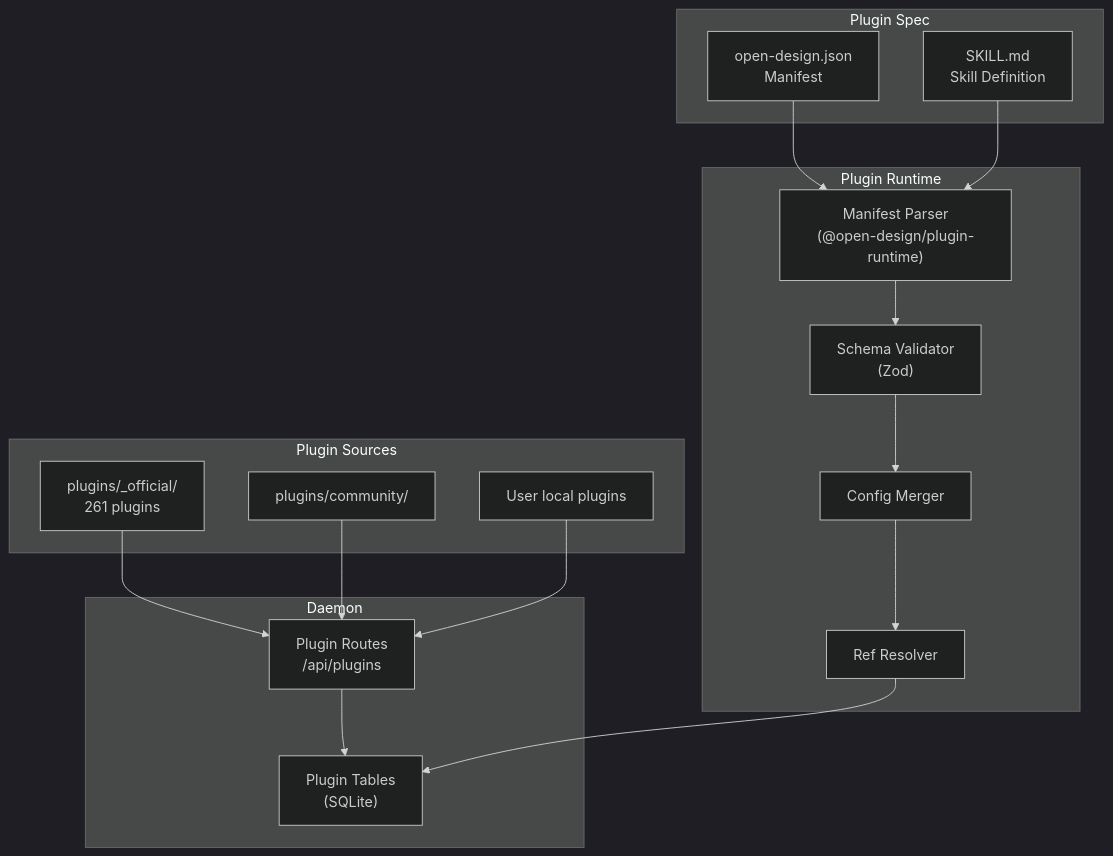
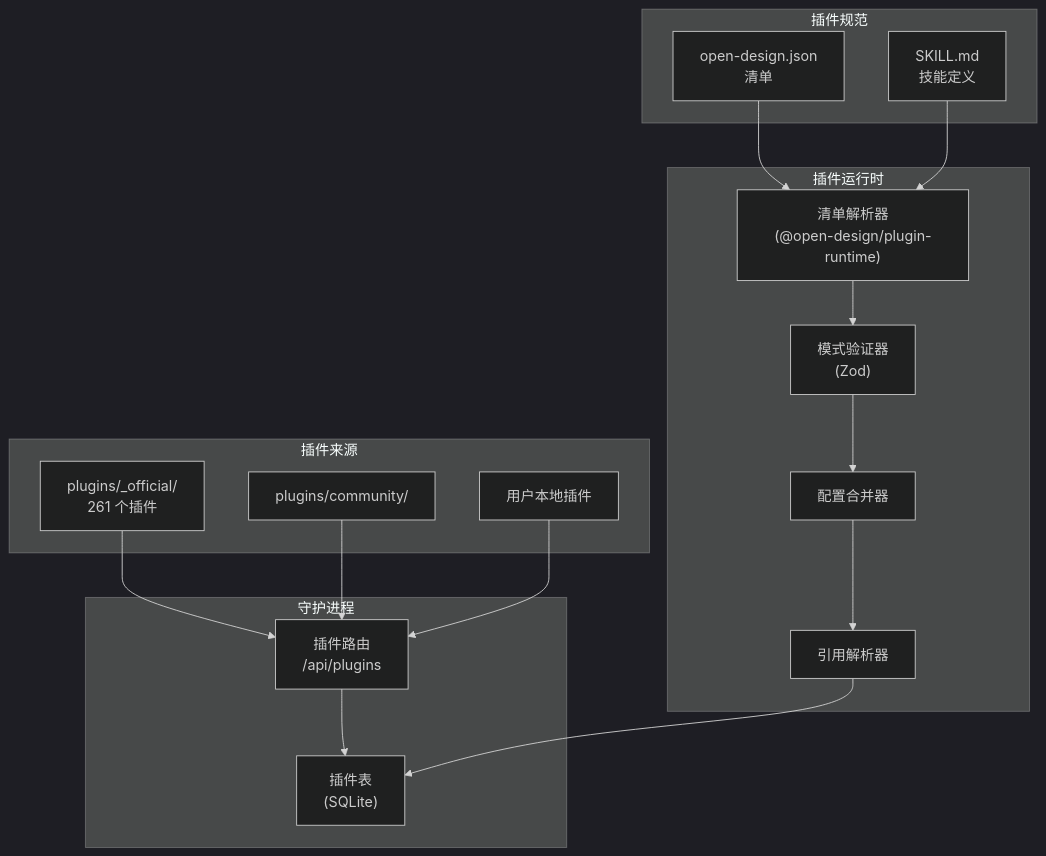
Before and after one commit to nmsn/open-design: the ninth of 12 diagrams in docs/codebase/ARCHITECTURE.md, drawn with Mermaid (dark theme). The commit also changed other lines of this file and 2 other files, not shown here.

````diff
--- a/docs/codebase/ARCHITECTURE.md
+++ b/docs/codebase/ARCHITECTURE.md
@@ -251,36 +251,36 @@
 ```mermaid
 graph TD
-    subgraph "Plugin Spec"
-        Spec["open-design.json<br/>Manifest"]
-        SkillMd["SKILL.md<br/>Skill Definition"]
+    subgraph "插件规范"
+        Spec["open-design.json<br/>清单"]
+        SkillMd["SKILL.md<br/>技能定义"]
     end
 
-    subgraph "Plugin Runtime"
-        Manifest["Manifest Parser<br/>(@open-design/plugin-runtime)"]
-        Validator["Schema Validator<br/>(Zod)"]
-        Merger["Config Merger"]
-        Resolver["Ref Resolver"]
+    subgraph "插件运行时"
+        Manifest["清单解析器<br/>(@open-design/plugin-runtime)"]
+        Validator["模式验证器<br/>(Zod)"]
+        Merger["配置合并器"]
+        Resolver["引用解析器"]
     end
 
-    subgraph "Plugin Sources"
-        Official["plugins/_official/<br/>261 plugins"]
+    subgraph "插件来源"
+        Official["plugins/_official/<br/>261 个插件"]
         Community["plugins/community/"]
-        Local["User local plugins"]
+        Local["用户本地插件"]
     end
 
-    subgraph "Daemon"
-        PluginRoutes["Plugin Routes<br/>/api/plugins"]
-        PluginDB["Plugin Tables<br/>(SQLite)"]
+    subgraph "守护进程"
+        PluginRoutes["插件路由<br/>/api/plugins"]
+        PluginDB["插件表<br/>(SQLite)"]
     end
 
     Spec --> Manifest
     SkillMd --> Manifest
     Manifest --> Validator
     Validator --> Merger
     Merger --> Resolver
     Official --> PluginRoutes
     Community --> PluginRoutes
     Local --> PluginRoutes
     PluginRoutes --> PluginDB
     Resolver --> PluginDB
 ```
````
